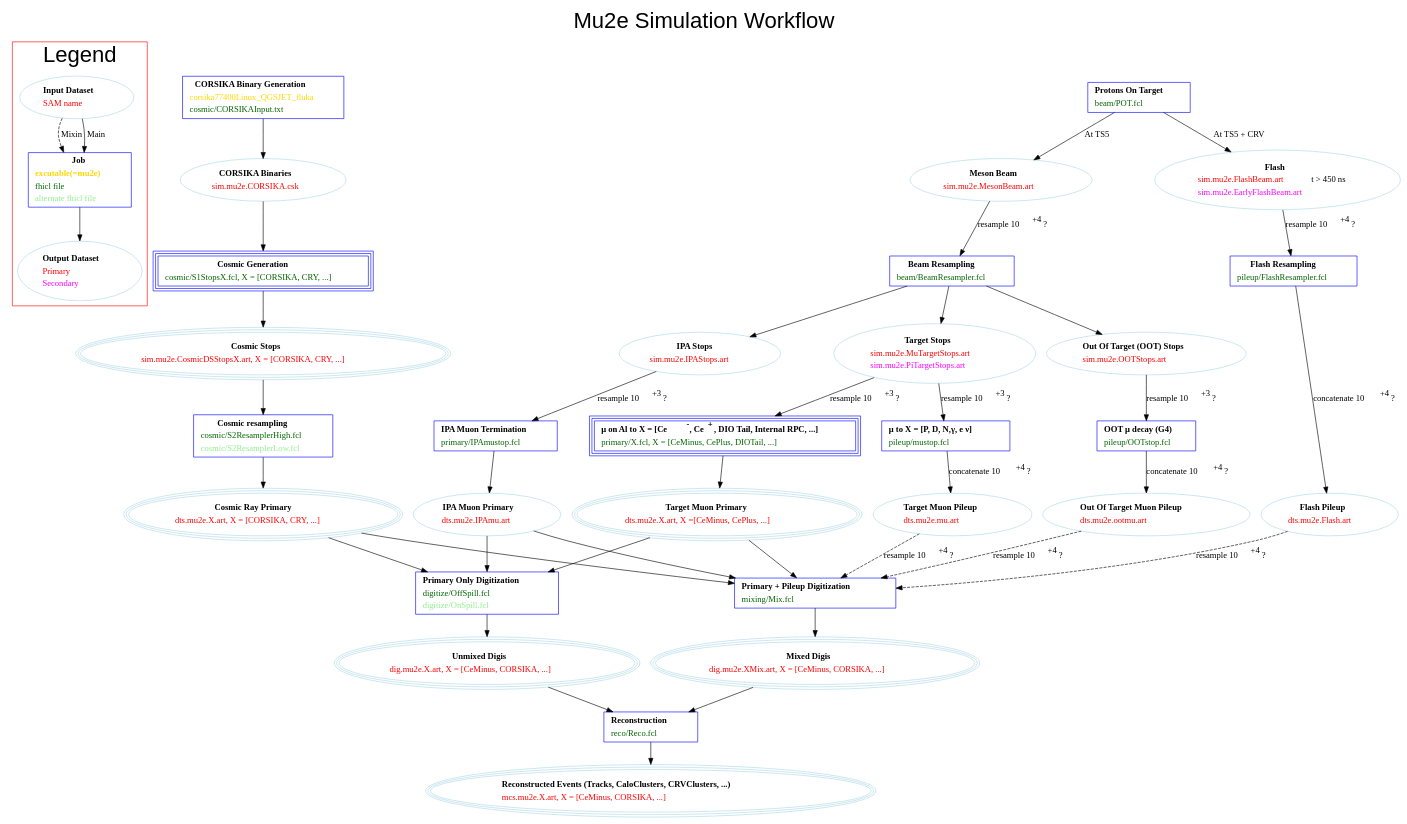
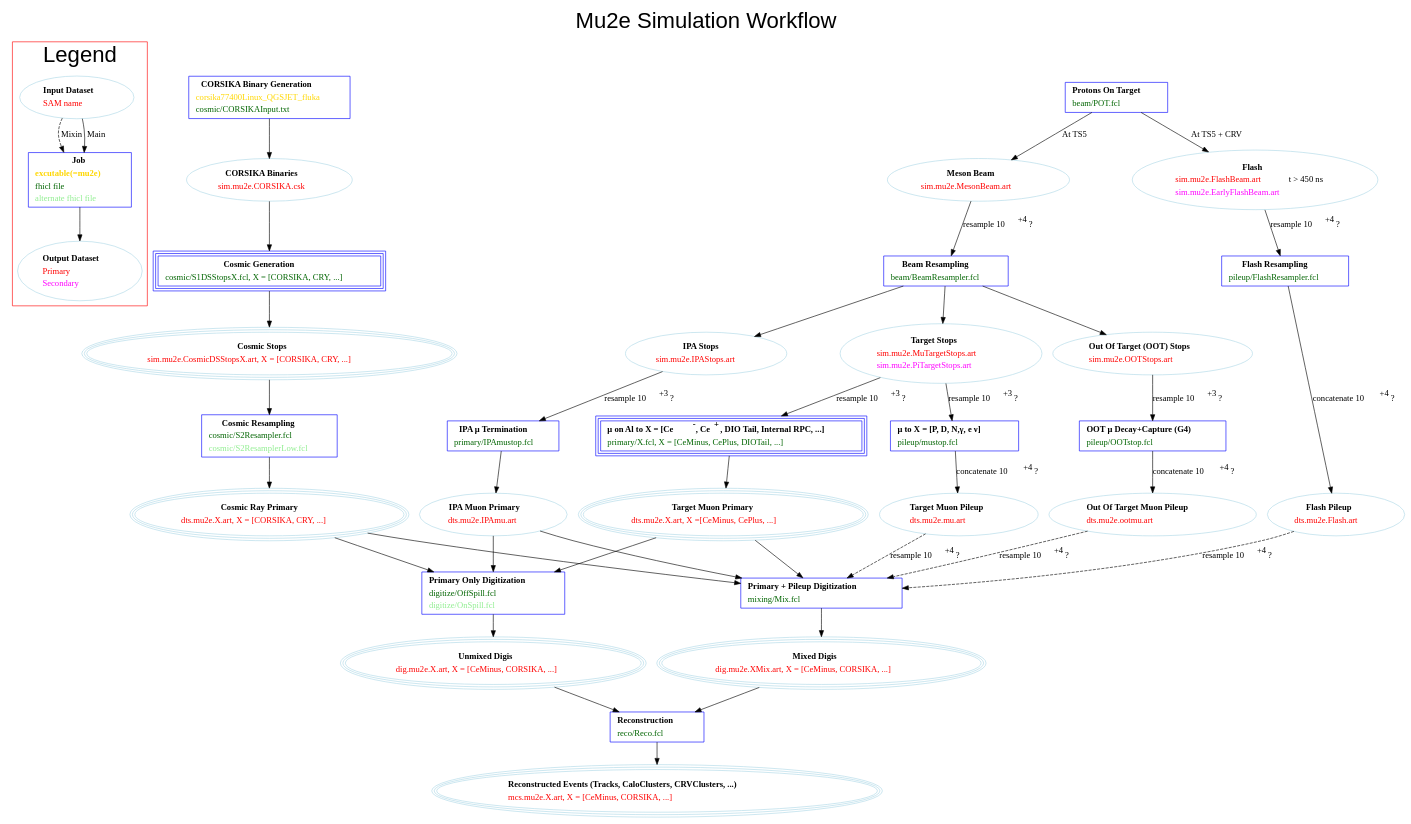
One commit to Mu2e/Offline changed the diagram in JobConfig/doc/SimulationWorkflow.dot. Above: the diagram before and after it, drawn with Graphviz. The commit also changed 1 other file, not shown here.

```diff
--- a/JobConfig/doc/SimulationWorkflow.dot
+++ b/JobConfig/doc/SimulationWorkflow.dot
@@ -124,13 +124,13 @@
 
     OutOfTargetMuonTerm [shape=box,color=blue,
 			label=<<table border="0" cellborder="0" cellspacing="1">
-			  <tr><td align="center"><b>OOT &mu; decay (G4)</b></td></tr>
+			  <tr><td align="center"><b>OOT &mu; Decay+Capture (G4)</b></td></tr>
 			  <tr><td align="left"><font color="darkgreen">pileup/OOTstop.fcl</font></td></tr>
 			  </table>>];
 
     IPAMuonTerm [shape=box,color=blue,
 		label=<<table border="0" cellborder="0" cellspacing="1">
-		  <tr><td align="center"><b>IPA Muon Termination</b></td></tr>v
+		  <tr><td align="center"><b>IPA &mu; Termination</b></td></tr>v
 		  <tr><td align="left"><font color="darkgreen">primary/IPAmustop.fcl</font></td></tr></table>>];
 
     TargetStops -> PrimaryMuonTerm [ label=<resample 10<sup>+3</sup>?> ];
@@ -156,7 +156,7 @@
     CosmicGenerator [shape=box, peripheries=3, color=blue,
 		    label=<<table border="0" cellborder="0" cellspacing="1">
 		      <tr><td align="center"><b>Cosmic Generation</b></td></tr>
-		      <tr><td align="left"><font color="darkgreen">cosmic/S1StopsX.fcl, X = [CORSIKA, CRY, ...]</font></td></tr>
+		      <tr><td align="left"><font color="darkgreen">cosmic/S1DSStopsX.fcl, X = [CORSIKA, CRY, ...]</font></td></tr>
 		      </table>>];
 
     CORSIKAOutput -> CosmicGenerator;
@@ -171,8 +171,8 @@
 
     CosmicStage2 [shape=box, peripheries=1, color=blue,
         label=<<table border="0" cellborder="0" cellspacing="1">
-            <tr><td align="center"><b>Cosmic resampling</b></td></tr>
-            <tr><td align="left"><font color="darkgreen">cosmic/S2ResamplerHigh.fcl</font></td></tr>
+            <tr><td align="center"><b>Cosmic Resampling</b></td></tr>
+            <tr><td align="left"><font color="darkgreen">cosmic/S2Resampler.fcl</font></td></tr>
             <tr><td align="left"><font color="lightgreen">cosmic/S2ResamplerLow.fcl</font></td></tr>
             </table>>];
 
```
